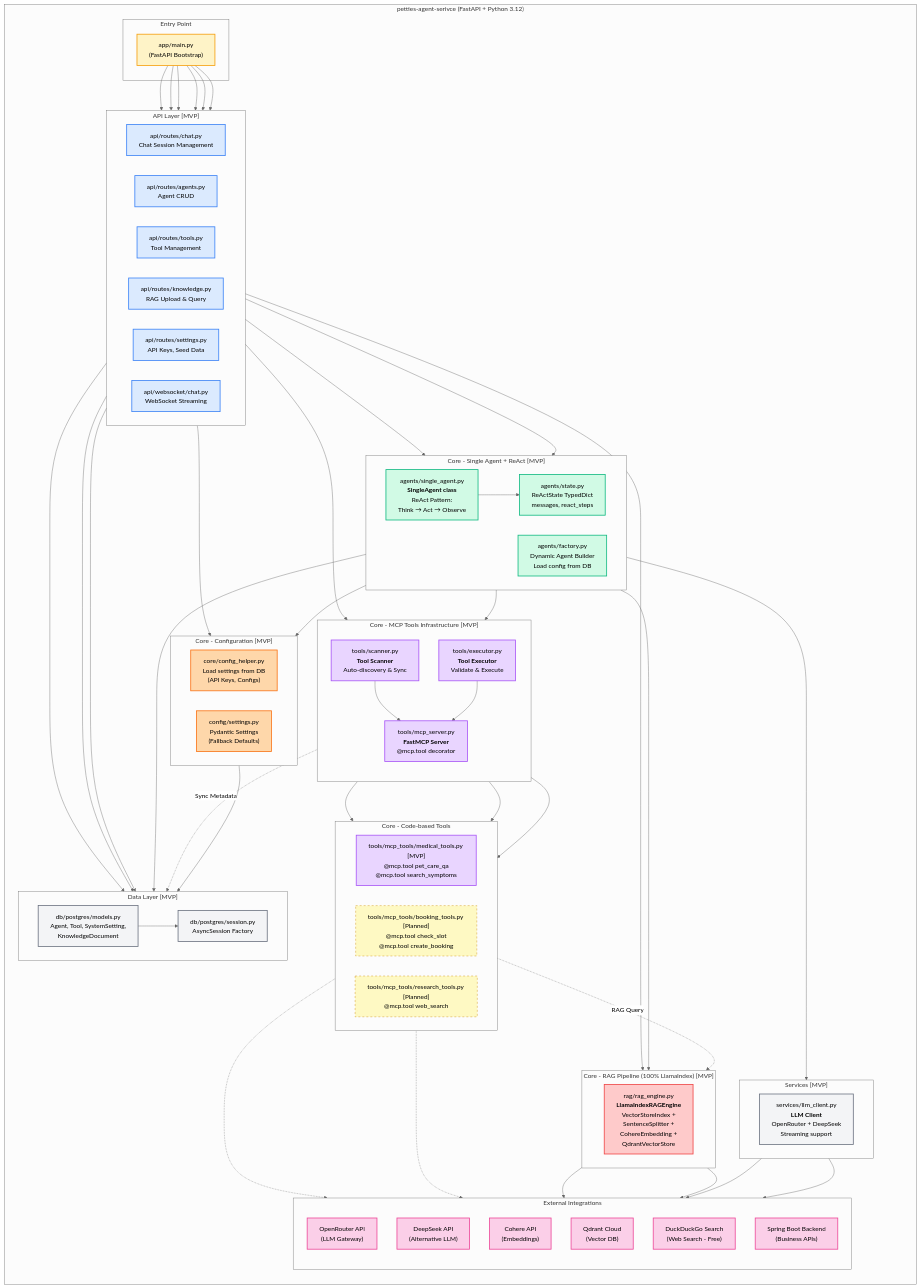
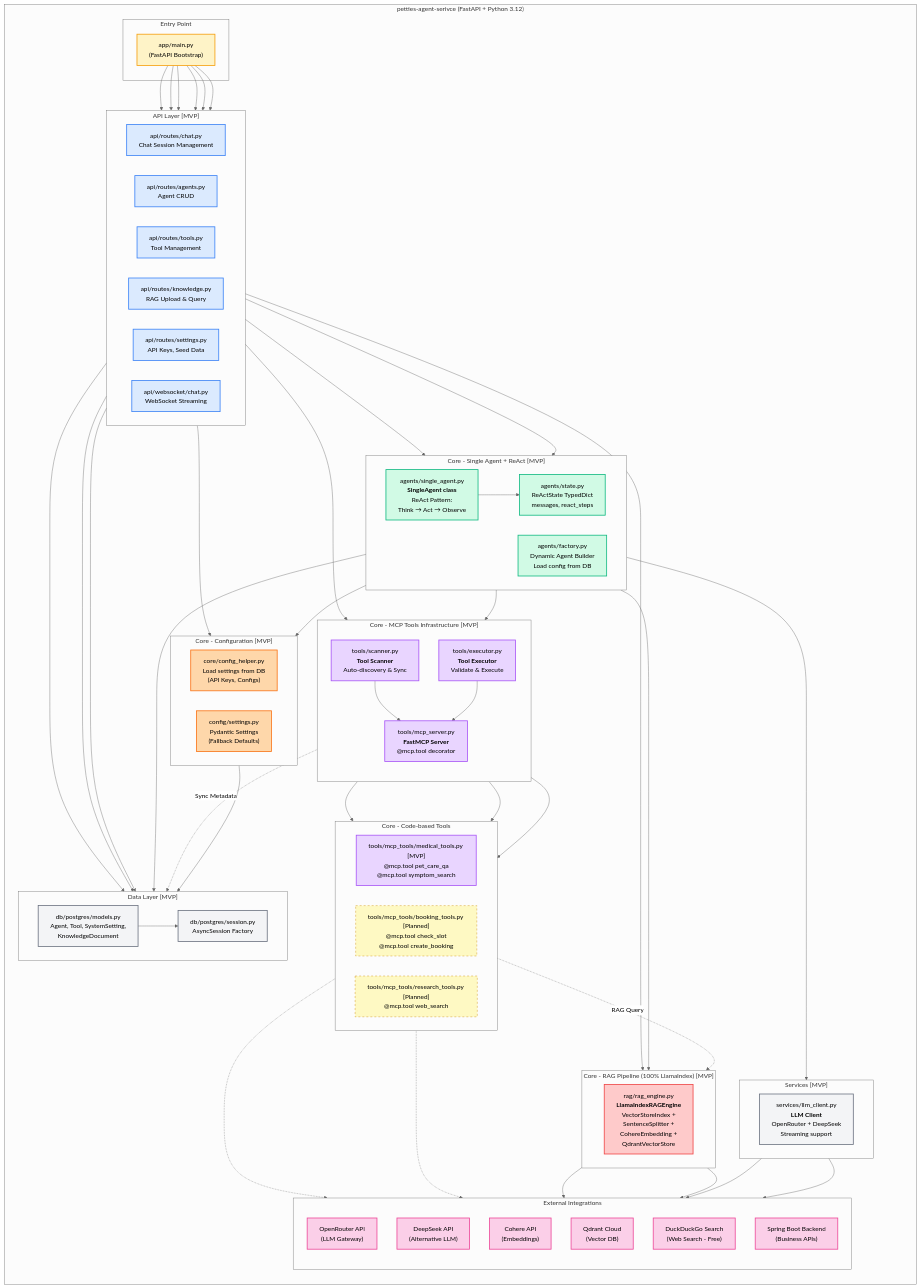
The fifth of 8 diagrams in docs-references/documentation/SDD/REPORT_4_SDD_SYSTEM_DESIGN.md (espresso23/Petties-Veterinary-Appointment-Booking-Platform), drawn with Mermaid (neutral theme) before and after one commit. The commit also changed other lines of this file and 18 other files, not shown here.

```diff
--- a/docs-references/documentation/SDD/REPORT_4_SDD_SYSTEM_DESIGN.md
+++ b/docs-references/documentation/SDD/REPORT_4_SDD_SYSTEM_DESIGN.md
@@ -613,7 +648,7 @@
 
         subgraph "Core - Code-based Tools"
             direction LR
-            MedicalTools["tools/mcp_tools/medical_tools.py [MVP]<br/>@mcp.tool pet_care_qa<br/>@mcp.tool search_symptoms"]
+            MedicalTools["tools/mcp_tools/medical_tools.py [MVP]<br/>@mcp.tool pet_care_qa<br/>@mcp.tool symptom_search"]
             BookingTools["tools/mcp_tools/booking_tools.py [Planned]<br/>@mcp.tool check_slot<br/>@mcp.tool create_booking"]
             ResearchTools["tools/mcp_tools/research_tools.py [Planned]<br/>@mcp.tool web_search"]
         end
```
